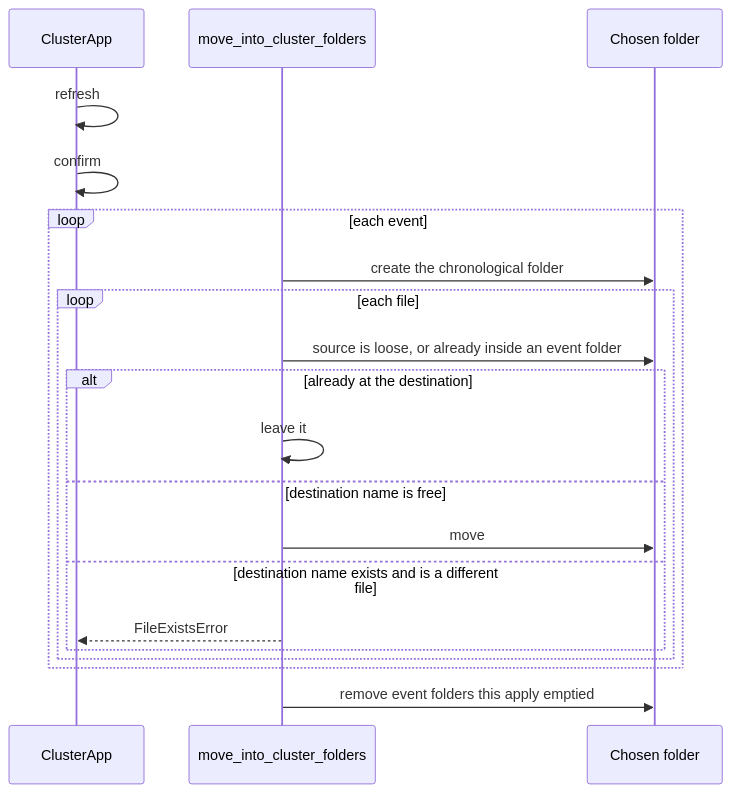
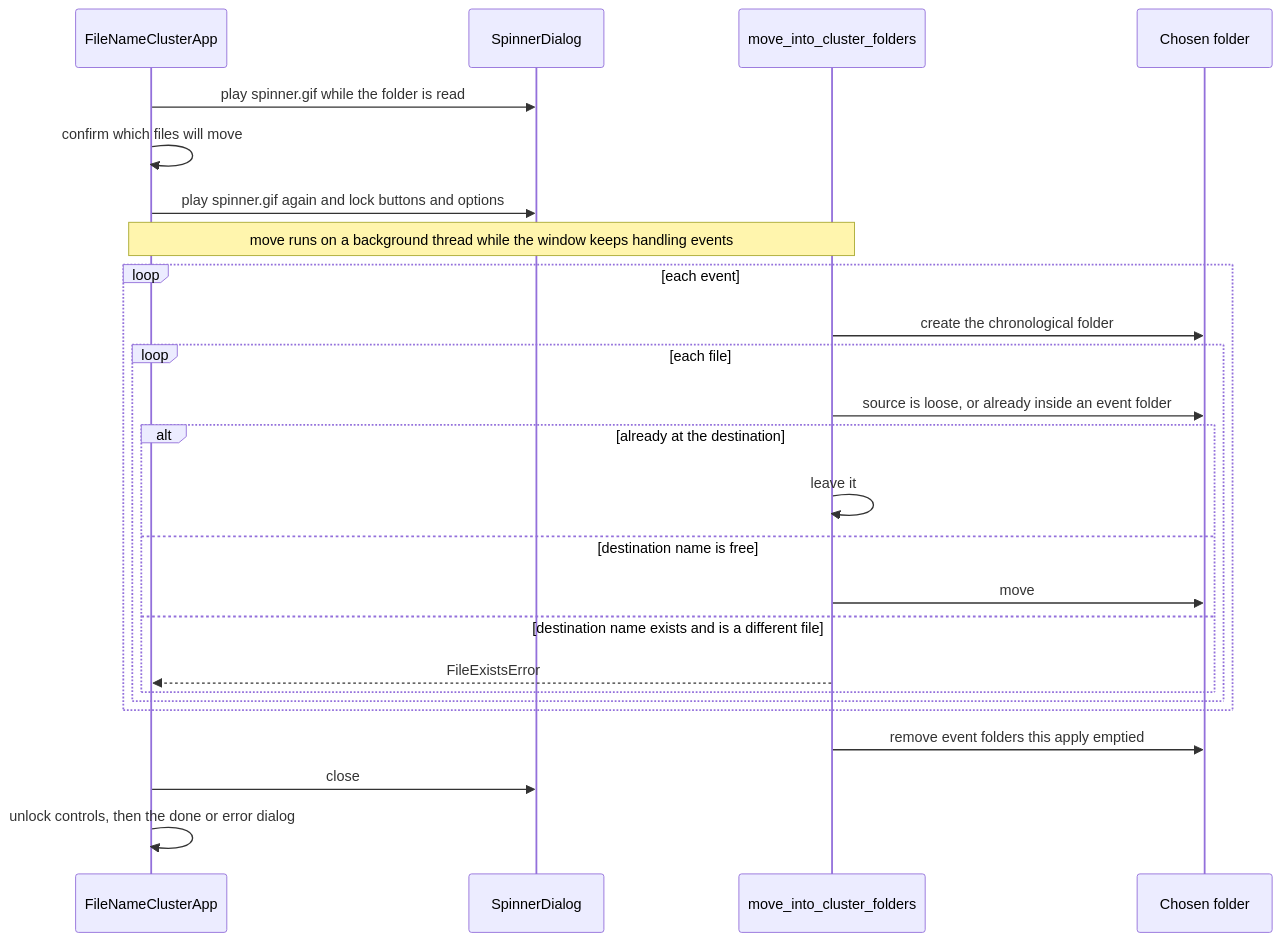
Before and after one commit to rvcgeeks/filenamecluster: the fifth of 5 diagrams in docs/architecture.md, drawn with Mermaid. The commit also changed other lines of this file and 73 other files, not shown here.

````diff
--- a/docs/architecture.md
+++ b/docs/architecture.md
@@ -250,23 +281,28 @@
 ```mermaid
 sequenceDiagram
-    participant App as ClusterApp
+    participant App as FileNameClusterApp
+    participant Spin as SpinnerDialog
     participant Move as move_into_cluster_folders
     participant Disk as Chosen folder
 
-    App->>App: refresh
-    App->>App: confirm
+    App->>Spin: play spinner.gif while the folder is read
+    App->>App: confirm which files will move
+    App->>Spin: play spinner.gif again and lock buttons and options
+    Note over App,Move: move runs on a background thread while the window keeps handling events
     loop each event
         Move->>Disk: create the chronological folder
         loop each file
             Move->>Disk: source is loose, or already inside an event folder
             alt already at the destination
                 Move->>Move: leave it
             else destination name is free
                 Move->>Disk: move
             else destination name exists and is a different file
                 Move-->>App: FileExistsError
             end
         end
     end
     Move->>Disk: remove event folders this apply emptied
+    App->>Spin: close
+    App->>App: unlock controls, then the done or error dialog
 ```
````
